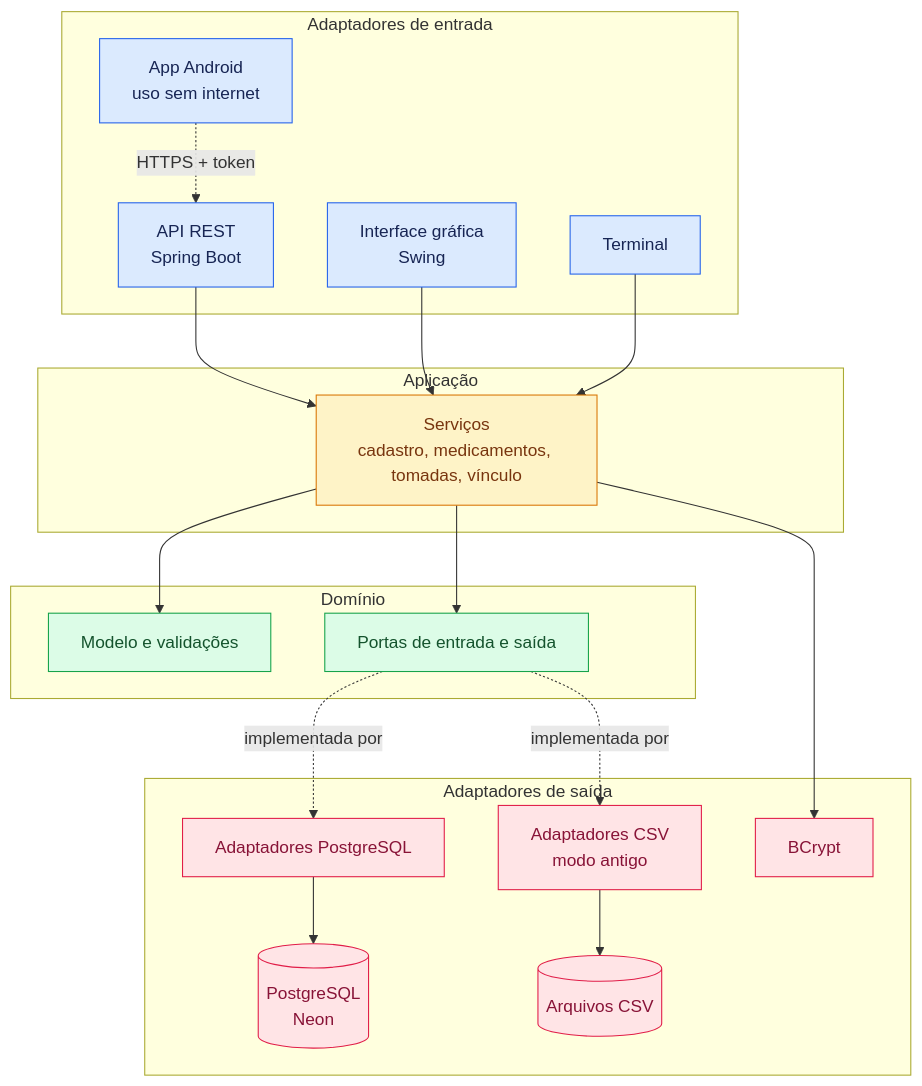
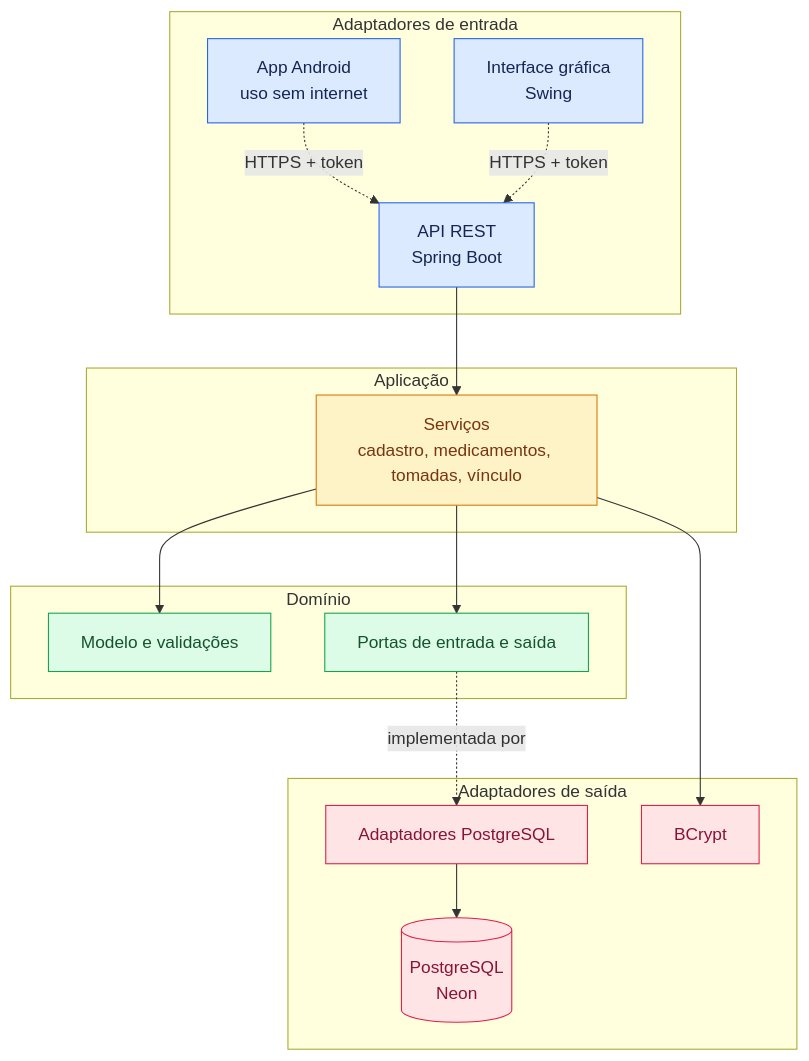
The diagram in README.md (GilvanPedro/Sistema_de_Acompanhamento_de_Medicamentos), drawn with Mermaid before and after one commit. The commit also changed other lines of this file and 52 other files, not shown here.

Commit message:
Remove o terminal e o CSV; a interface grafica passa a usar a API (persistencia so no Neon)

````diff
--- a/README.md
+++ b/README.md
@@ -258,48 +243,42 @@
 ```mermaid
 flowchart TD
 
 subgraph entrada["Adaptadores de entrada"]
   app_android["App Android<br/>uso sem internet"]
   api["API REST<br/>Spring Boot"]
   gui["Interface gráfica<br/>Swing"]
-  terminal["Terminal"]
 end
 
 subgraph aplicacao["Aplicação"]
   servicos["Serviços<br/>cadastro, medicamentos, tomadas, vínculo"]
 end
 
 subgraph dominio["Domínio"]
   modelo["Modelo e validações"]
   portas["Portas de entrada e saída"]
 end
 
 subgraph saida["Adaptadores de saída"]
   pg["Adaptadores PostgreSQL"]
-  csv["Adaptadores CSV<br/>modo antigo"]
   bcrypt["BCrypt"]
   banco[("PostgreSQL<br/>Neon")]
-  arquivos[("Arquivos CSV")]
 end
 
 app_android -.->|"HTTPS + token"| api
+gui -.->|"HTTPS + token"| api
 api --> servicos
-gui --> servicos
-terminal --> servicos
 servicos --> portas
 servicos --> modelo
 servicos --> bcrypt
 portas -.->|"implementada por"| pg
-portas -.->|"implementada por"| csv
 pg --> banco
-csv --> arquivos
 
 classDef entradaC fill:#dbeafe,stroke:#2563eb,color:#172554
 classDef appC fill:#fef3c7,stroke:#d97706,color:#78350f
 classDef domC fill:#dcfce7,stroke:#16a34a,color:#14532d
 classDef saidaC fill:#ffe4e6,stroke:#e11d48,color:#881337
-class app_android,api,gui,terminal entradaC
+class app_android,api,gui entradaC
 class servicos appC
 class modelo,portas domC
-class pg,csv,bcrypt,banco,arquivos saidaC
+class pg,bcrypt,banco saidaC
 ```
````
